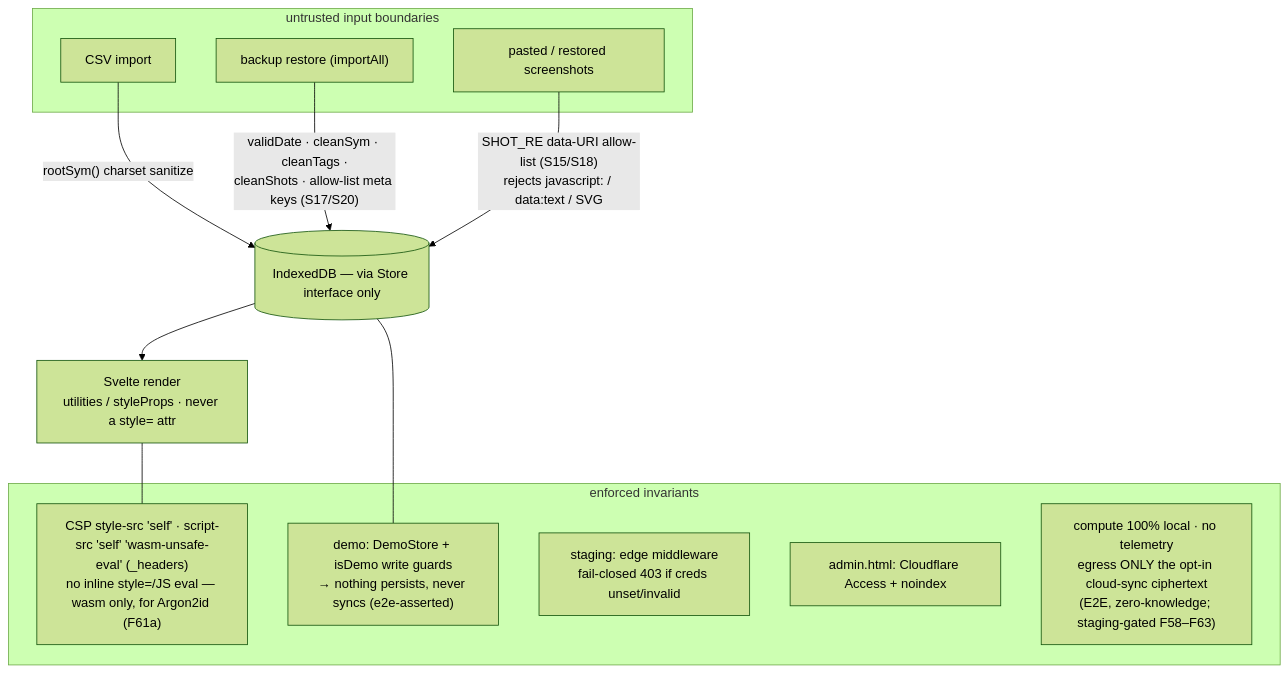
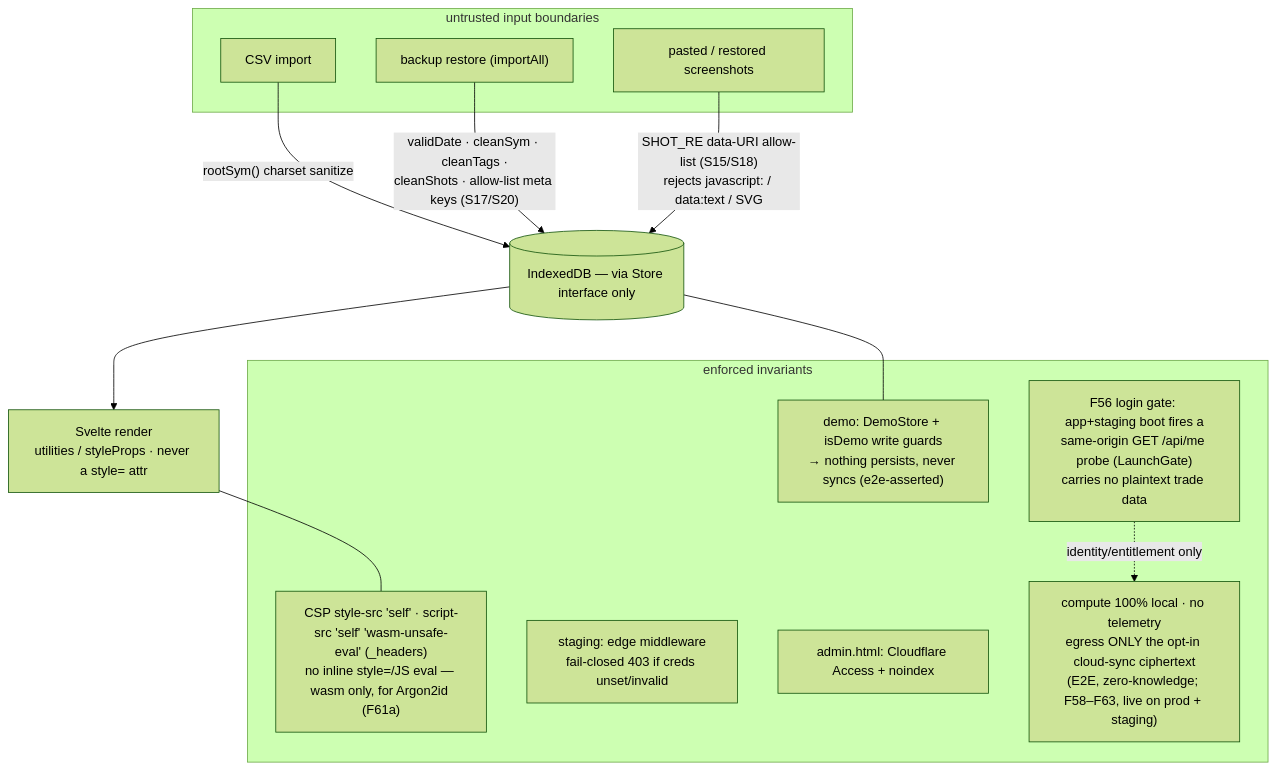
The diagram in docs/architecture-diagrams/security-trust-boundaries.md (mitchGuthrieDev/blotterbook), drawn with Mermaid (forest theme) before and after one commit. The commit also changed other lines of this file and 33 other files, not shown here.

First line of the commit message:
feat: backlog audit + docs sync, auth-flow diagram, Analytics/Calendar module sizing (A271/A272), changelog-email pages.dev fix (A315) (#129)

````diff
--- a/docs/architecture-diagrams/security-trust-boundaries.md
+++ b/docs/architecture-diagrams/security-trust-boundaries.md
@@ -10,25 +10,27 @@
 ```mermaid
 flowchart TD
     subgraph UNTRUSTED["untrusted input boundaries"]
         CSVIN["CSV import"]
         BACKUP["backup restore (importAll)"]
         SHOTS["pasted / restored screenshots"]
     end
 
     CSVIN -->|"rootSym() charset sanitize"| STORE
     BACKUP -->|"validDate · cleanSym · cleanTags ·<br/>cleanShots · allow-list meta keys (S17/S20)"| STORE
     SHOTS -->|"SHOT_RE data-URI allow-list (S15/S18)<br/>rejects javascript: / data:text / SVG"| STORE
 
     STORE[("IndexedDB — via Store interface only")] --> RENDER["Svelte render<br/>utilities / styleProps · never a style= attr"]
 
     subgraph INVARIANTS["enforced invariants"]
         CSP["CSP style-src 'self' · script-src 'self' 'wasm-unsafe-eval' (_headers)<br/>no inline style=/JS eval — wasm only, for Argon2id (F61a)"]
         DEMO["demo: DemoStore + isDemo write guards<br/>→ nothing persists, never syncs (e2e-asserted)"]
         STG["staging: edge middleware<br/>fail-closed 403 if creds unset/invalid"]
         ADMIN["admin.html: Cloudflare Access + noindex"]
-        LOCAL["compute 100% local · no telemetry<br/>egress ONLY the opt-in cloud-sync ciphertext<br/>(E2E, zero-knowledge; staging-gated F58–F63)"]
+        LOCAL["compute 100% local · no telemetry<br/>egress ONLY the opt-in cloud-sync ciphertext<br/>(E2E, zero-knowledge; F58–F63, live on prod + staging)"]
+        GATE56["F56 login gate: app+staging boot fires a<br/>same-origin GET /api/me probe (LaunchGate)<br/>carries no plaintext trade data"]
     end
 
     RENDER --- CSP
     STORE --- DEMO
+    GATE56 -. "identity/entitlement only" .-> LOCAL
 ```
````
